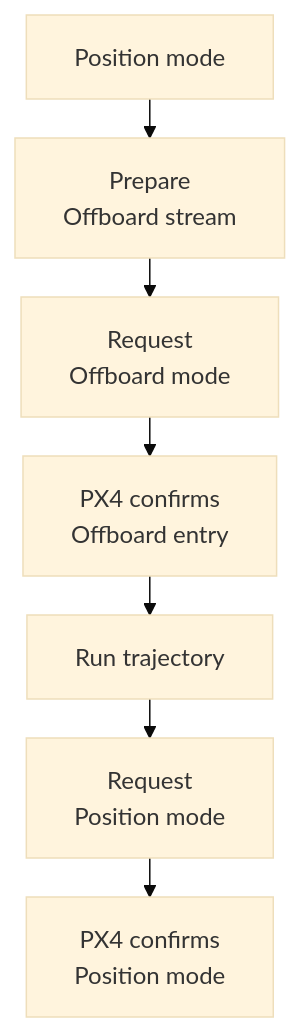
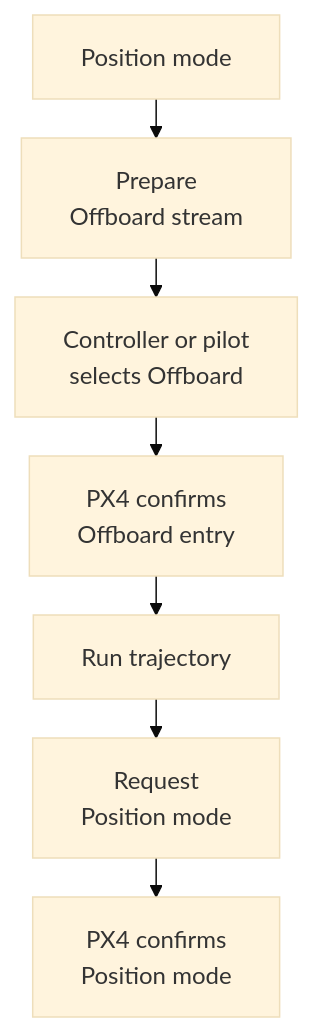
Before and after one commit to ANCL/px4-dev-toolkit: the diagram in docs/controllers/offboard-staging.md, drawn with Mermaid (base theme). The commit also changed other lines of this file and 20 other files, not shown here.

Commit message:
Support pilot-triggered Offboard control and longer hover

````diff
--- a/docs/controllers/offboard-staging.md
+++ b/docs/controllers/offboard-staging.md
@@ -38,18 +38,18 @@
 ```mermaid
 ---
 config:
   flowchart:
     useMaxWidth: true
     wrappingWidth: 160
     padding: 16
     rankSpacing: 26
     nodeSpacing: 24
 ---
 flowchart TB
     P["Position mode"] --> S["Prepare<br/>Offboard stream"]
-    S --> Q["Request<br/>Offboard mode"]
+    S --> Q["Controller or pilot<br/>selects Offboard"]
     Q --> C["PX4 confirms<br/>Offboard entry"]
     C --> T["Run trajectory"]
     T --> R["Request<br/>Position mode"]
     R --> F["PX4 confirms<br/>Position mode"]
 ```
````
